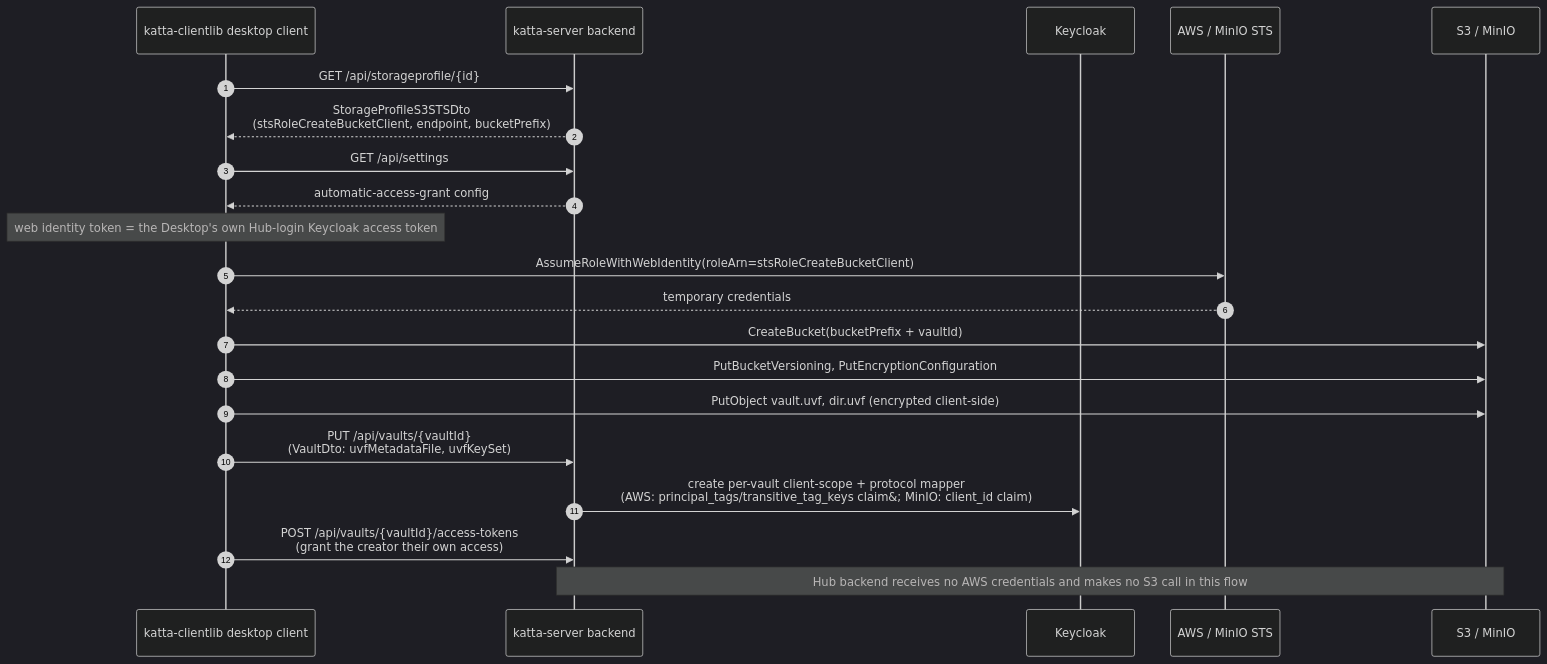
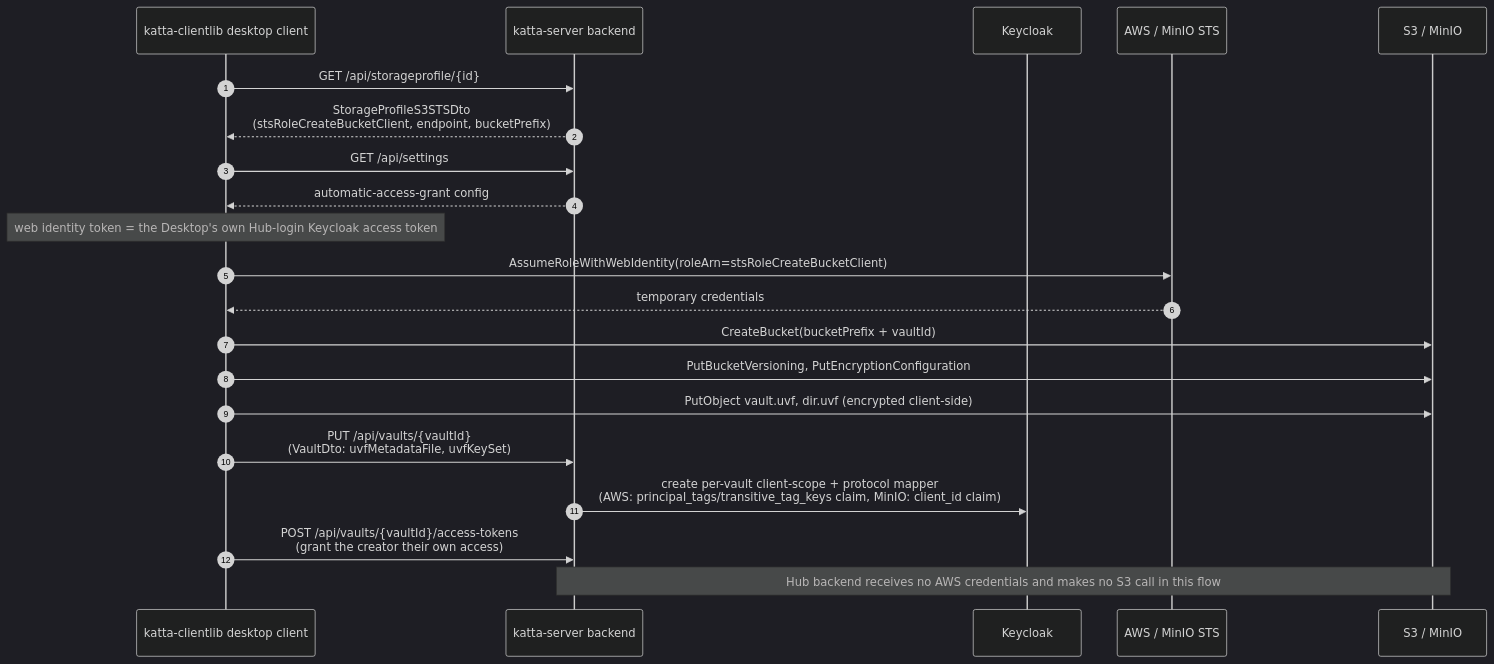
Before and after one commit to shift7-ch/katta-clientlib: the second of 6 diagrams in docs/s3_interactions.md, drawn with Mermaid (dark theme). The commit also changed other lines of this file and 2 other files, not shown here.

Commit message:
Replace &#59; semicolon escapes with commas in mermaid diagrams
GitHub decodes &#59; back to a literal ; before mermaid parses the
diagram, so the escape didn't survive round-trip and the same parse
error persisted there. Use a plain comma instead, which needs no
decoding and can't reintroduce the statement-terminator problem.

````diff
--- a/docs/s3_interactions.md
+++ b/docs/s3_interactions.md
@@ -71,24 +71,24 @@
 ```mermaid
 sequenceDiagram
     autonumber
     participant Desktop as katta-clientlib desktop client
     participant HubBackend as katta-server backend
     participant Keycloak
     participant STS as AWS / MinIO STS
     participant S3 as S3 / MinIO
 
     Desktop->>HubBackend: GET /api/storageprofile/{id}
     HubBackend-->>Desktop: StorageProfileS3STSDto<br/>(stsRoleCreateBucketClient, endpoint, bucketPrefix)
     Desktop->>HubBackend: GET /api/settings
     HubBackend-->>Desktop: automatic-access-grant config
     Note over Desktop: web identity token = the Desktop's own Hub-login Keycloak access token
     Desktop->>STS: AssumeRoleWithWebIdentity(roleArn=stsRoleCreateBucketClient)
     STS-->>Desktop: temporary credentials
     Desktop->>S3: CreateBucket(bucketPrefix + vaultId)
     Desktop->>S3: PutBucketVersioning, PutEncryptionConfiguration
     Desktop->>S3: PutObject vault.uvf, dir.uvf (encrypted client-side)
     Desktop->>HubBackend: PUT /api/vaults/{vaultId}<br/>(VaultDto: uvfMetadataFile, uvfKeySet)
-    HubBackend->>Keycloak: create per-vault client-scope + protocol mapper<br/>(AWS: principal_tags/transitive_tag_keys claim&#59; MinIO: client_id claim)
+    HubBackend->>Keycloak: create per-vault client-scope + protocol mapper<br/>(AWS: principal_tags/transitive_tag_keys claim, MinIO: client_id claim)
     Desktop->>HubBackend: POST /api/vaults/{vaultId}/access-tokens<br/>(grant the creator their own access)
     Note over HubBackend,S3: Hub backend receives no AWS credentials and makes no S3 call in this flow
 ```
````
